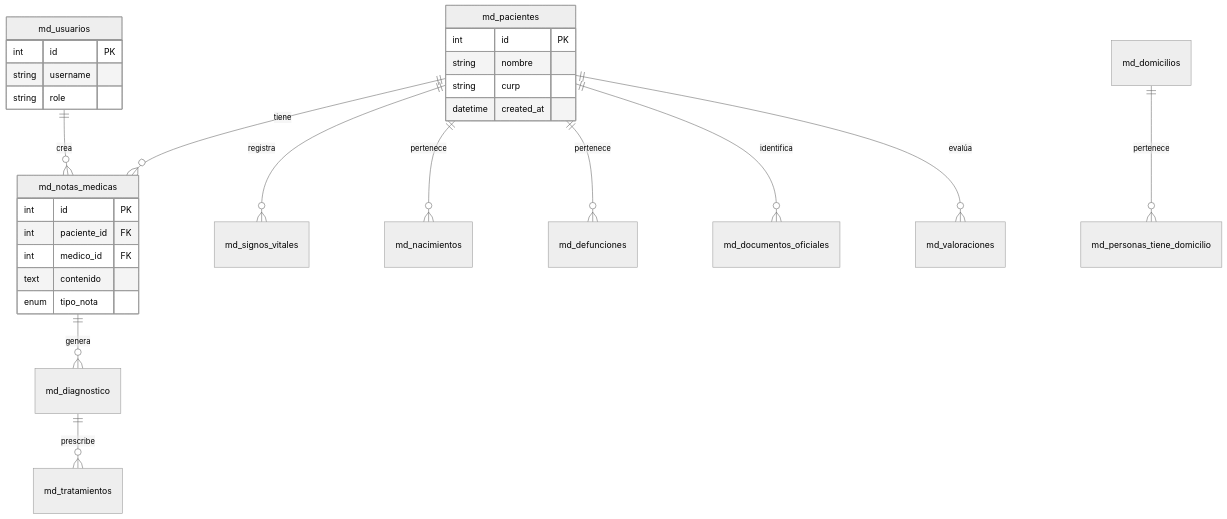
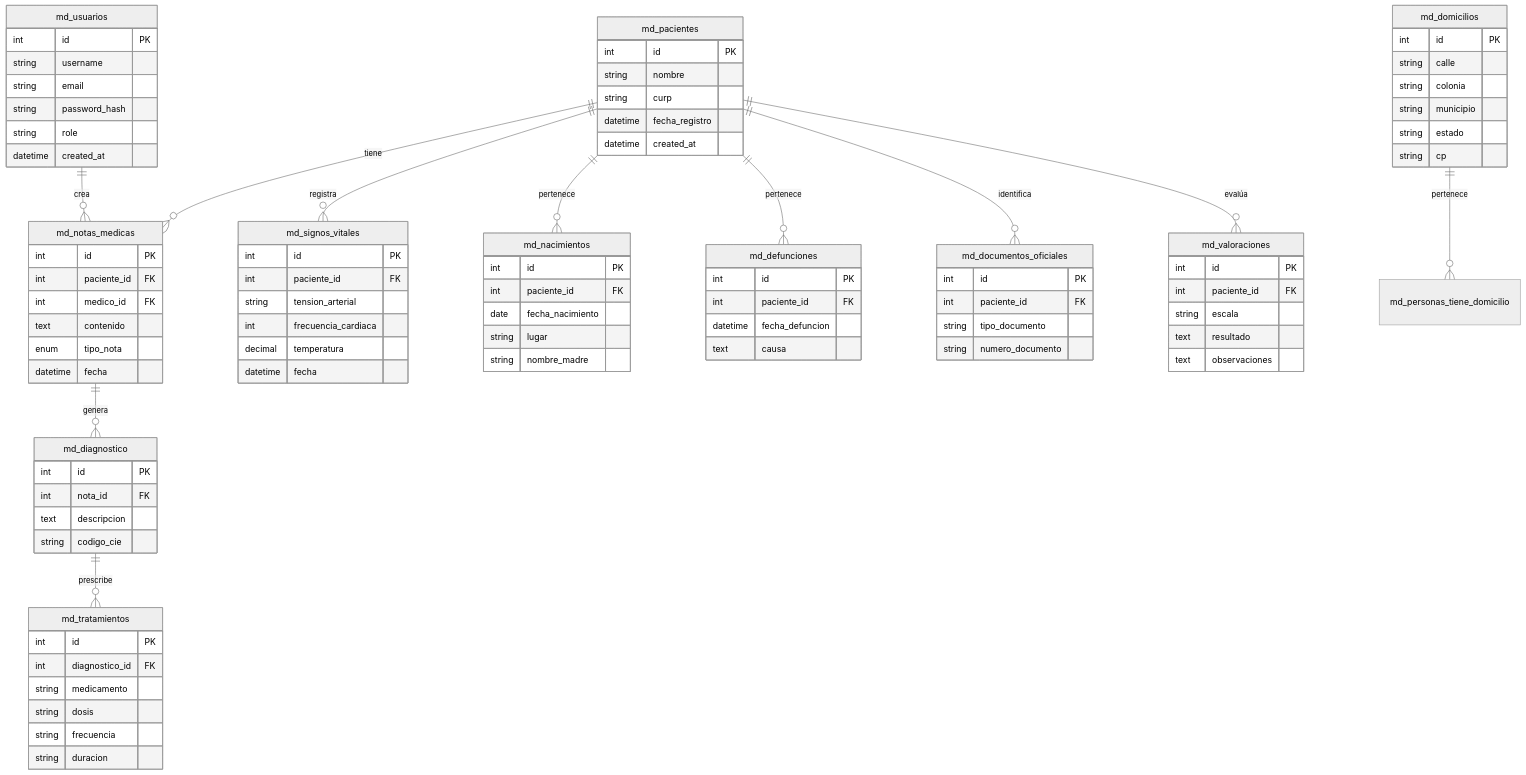
The diagram in README.md (AngelJdev/MEDICAL_REGISTER_API), drawn with Mermaid (neutral theme) before and after one commit. The commit also changed other lines of this file, not shown here.

Commit message:
docs: completar diagrama ERD con todas las tablas y campos

````diff
--- a/README.md
+++ b/README.md
@@ -73,30 +73,97 @@
     md_pacientes ||--o{ md_defunciones : "pertenece"
     md_pacientes ||--o{ md_documentos_oficiales : "identifica"
     md_pacientes ||--o{ md_valoraciones : "evalúa"
-    
     md_notas_medicas ||--o{ md_diagnostico : "genera"
     md_diagnostico ||--o{ md_tratamientos : "prescribe"
-    
     md_domicilios ||--o{ md_personas_tiene_domicilio : "pertenece"
-    
+
+    md_usuarios {
+        int id PK
+        string username
+        string email
+        string password_hash
+        string role
+        datetime created_at
+    }
+
     md_pacientes {
         int id PK
         string nombre
         string curp
+        datetime fecha_registro
         datetime created_at
     }
-    
+
     md_notas_medicas {
         int id PK
         int paciente_id FK
         int medico_id FK
         text contenido
         enum tipo_nota
+        datetime fecha
     }
 
-    md_usuarios {
+    md_signos_vitales {
         int id PK
-        string username
-        string role
+        int paciente_id FK
+        string tension_arterial
+        int frecuencia_cardiaca
+        decimal temperatura
+        datetime fecha
+    }
+
+    md_diagnostico {
+        int id PK
+        int nota_id FK
+        text descripcion
+        string codigo_cie
+    }
+
+    md_tratamientos {
+        int id PK
+        int diagnostico_id FK
+        string medicamento
+        string dosis
+        string frecuencia
+        string duracion
+    }
+
+    md_nacimientos {
+        int id PK
+        int paciente_id FK
+        date fecha_nacimiento
+        string lugar
+        string nombre_madre
+    }
+
+    md_defunciones {
+        int id PK
+        int paciente_id FK
+        datetime fecha_defuncion
+        text causa
+    }
+
+    md_documentos_oficiales {
+        int id PK
+        int paciente_id FK
+        string tipo_documento
+        string numero_documento
+    }
+
+    md_domicilios {
+        int id PK
+        string calle
+        string colonia
+        string municipio
+        string estado
+        string cp
+    }
+
+    md_valoraciones {
+        int id PK
+        int paciente_id FK
+        string escala
+        text resultado
+        text observaciones
     }
 ```
````
